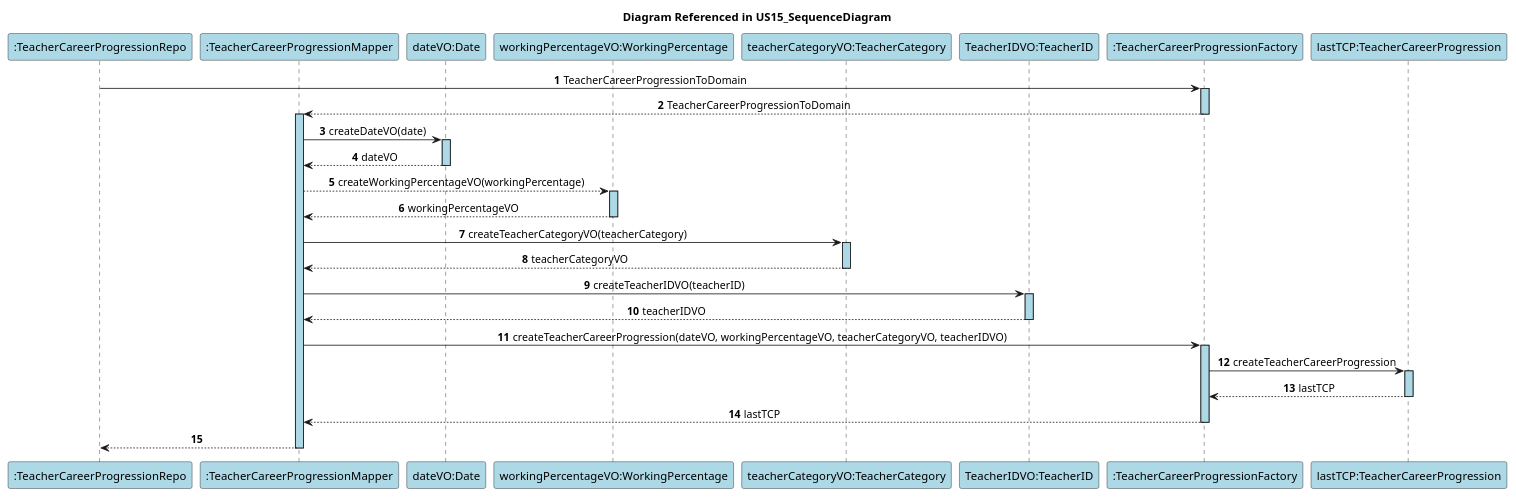
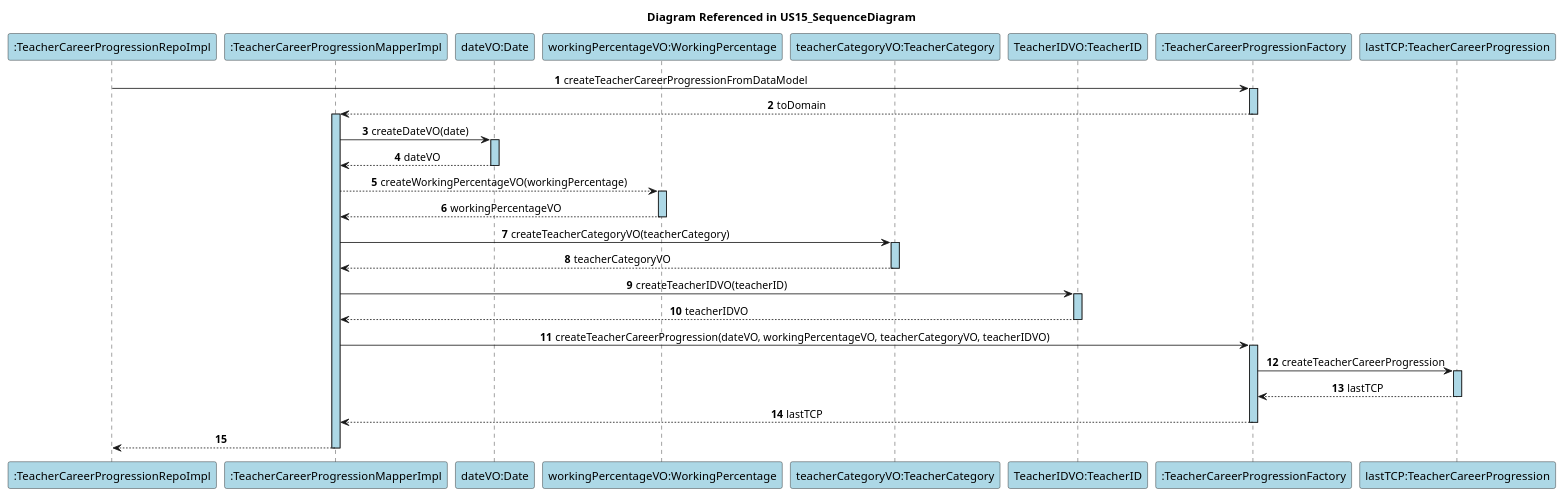
One commit to GasparISEP/DevOps-PAI changed the diagram in docs/US15/UpdateTeacherWorkingPercentage_SpringData/SequenceDiagramRef_ToDomain.puml. Above: the diagram before and after it, drawn with PlantUML. The commit also changed 5 other files, not shown here.

Commit message:
Refactor classes names in diagrams to follow implementation naming convention. Refs #268

```diff
--- a/docs/US15/UpdateTeacherWorkingPercentage_SpringData/SequenceDiagramRef_ToDomain.puml
+++ b/docs/US15/UpdateTeacherWorkingPercentage_SpringData/SequenceDiagramRef_ToDomain.puml
@@ -1,50 +1,50 @@
 @startuml
 autonumber
 skinparam sequenceMessageAlign center
 skinparam sequenceLifeLineBackgroundColor lightblue
 title Diagram Referenced in US15_SequenceDiagram
 
-participant ":TeacherCareerProgressionRepo" as TCPRepo #lightblue
+participant ":TeacherCareerProgressionRepoImpl" as TCPRepo #lightblue
 participant ":TeacherCareerProgressionFactory" as TCPFactory #lightblue
-participant ":TeacherCareerProgressionMapper" as TCPMapper #lightblue
+participant ":TeacherCareerProgressionMapperImpl" as TCPMapper #lightblue
 participant "dateVO:Date" as DateVO #lightblue
 participant "workingPercentageVO:WorkingPercentage" as WPVO #lightblue
 participant "teacherCategoryVO:TeacherCategory" as TCVO #lightblue
 participant "TeacherIDVO:TeacherID" as TID #lightblue
 participant ":TeacherCareerProgressionFactory" as TCPFactory #lightblue
 participant "lastTCP:TeacherCareerProgression" as TCP #lightblue
 
-TCPRepo -> TCPFactory : TeacherCareerProgressionToDomain
+TCPRepo -> TCPFactory : createTeacherCareerProgressionFromDataModel
 activate TCPFactory
-TCPFactory --> TCPMapper: TeacherCareerProgressionToDomain
+TCPFactory --> TCPMapper: toDomain
 deactivate TCPFactory
 activate TCPMapper
 TCPMapper -> DateVO : createDateVO(date)
 activate DateVO
 DateVO --> TCPMapper : dateVO
 deactivate DateVO
 TCPMapper --> WPVO : createWorkingPercentageVO(workingPercentage)
 activate WPVO
 WPVO --> TCPMapper : workingPercentageVO
 deactivate WPVO
 TCPMapper -> TCVO : createTeacherCategoryVO(teacherCategory)
 activate TCVO
 TCVO --> TCPMapper : teacherCategoryVO
 deactivate TCVO
 TCPMapper -> TID : createTeacherIDVO(teacherID)
 activate TID
 TID --> TCPMapper : teacherIDVO
 deactivate TID
 
 TCPMapper -> TCPFactory : createTeacherCareerProgression(dateVO, workingPercentageVO, teacherCategoryVO, teacherIDVO)
 activate TCPFactory
 TCPFactory -> TCP : createTeacherCareerProgression
 activate TCP
 TCP --> TCPFactory: lastTCP
 deactivate TCP
 TCPFactory --> TCPMapper : lastTCP
 deactivate TCPFactory
 TCPMapper --> TCPRepo
 deactivate TCPMapper
 
 @enduml
```
